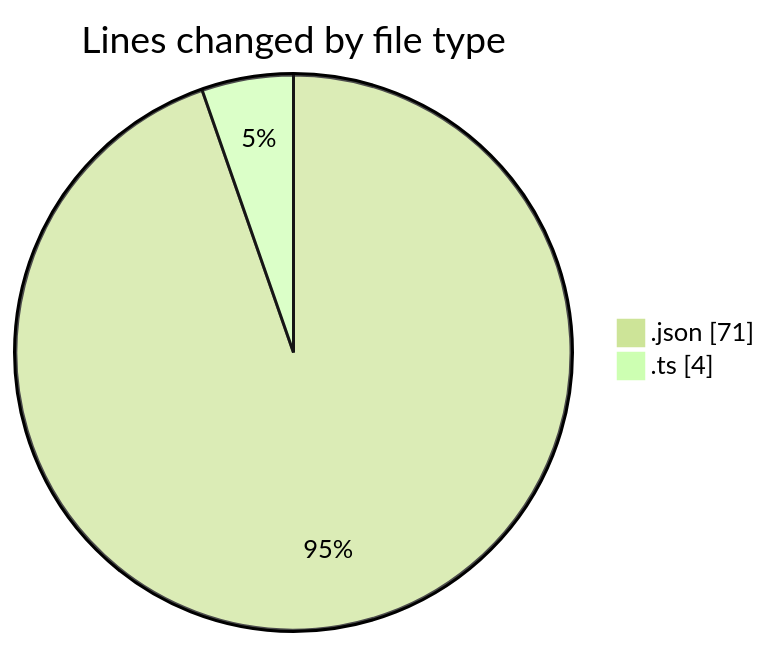
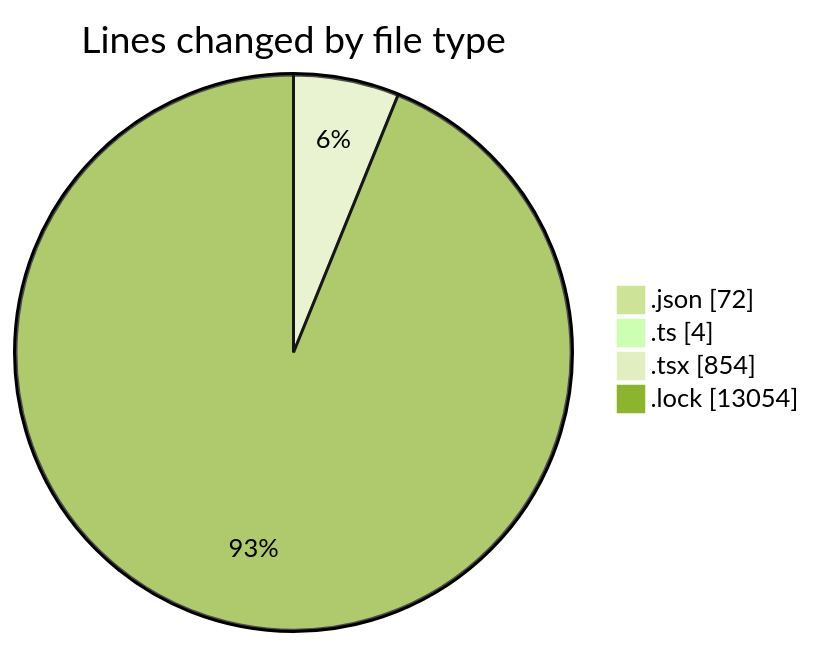
Before and after one commit to momahboobian/code-tracking: the first of 2 diagrams in 2025-05-07/cda/README.md, drawn with Mermaid (forest theme). The commit also changed other lines of this file and 1 other file, not shown here.

````diff
--- a/2025-05-07/cda/README.md
+++ b/2025-05-07/cda/README.md
@@ -23,6 +32,8 @@
 ```mermaid
 pie showData
 title Lines changed by file type
-".json" : 71
+".json" : 72
 ".ts" : 4
+".tsx" : 854
+".lock" : 13054
 ```
````
